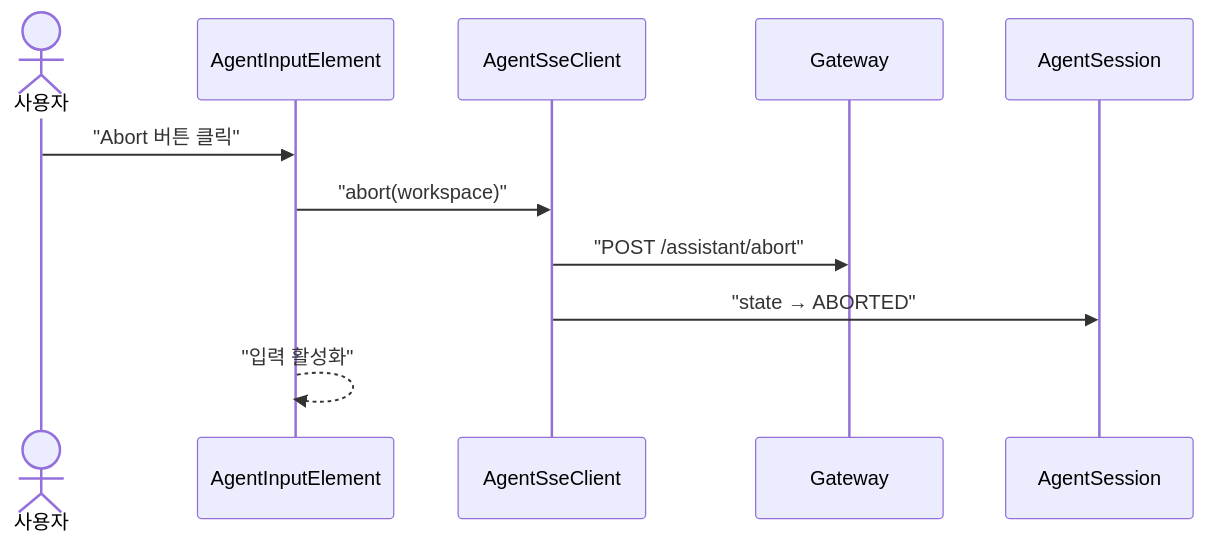
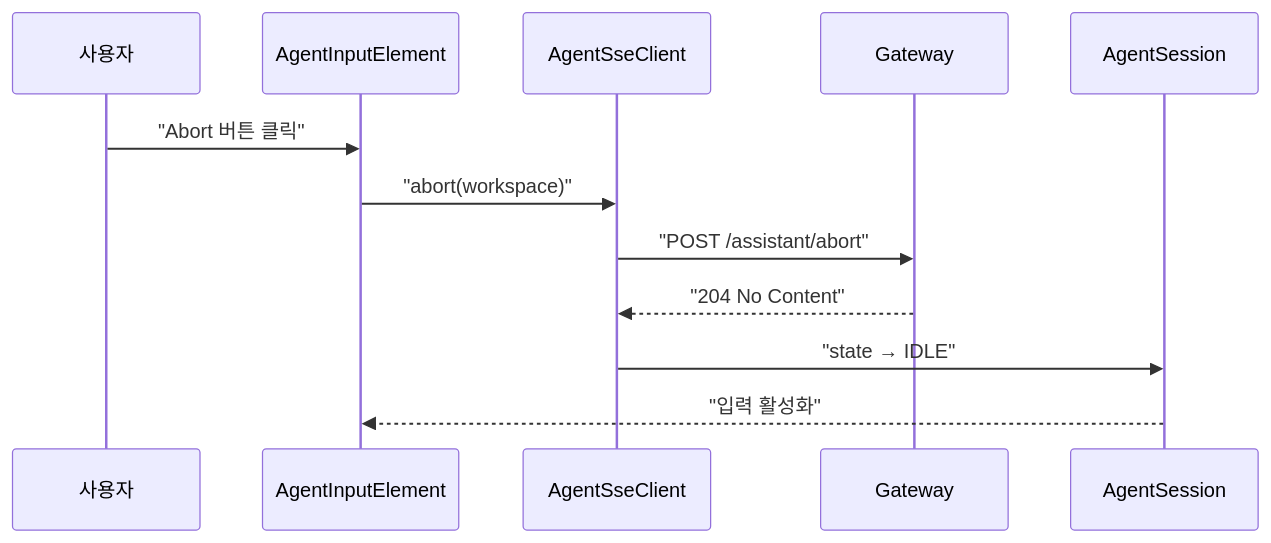
The second of 2 diagrams in agent-ui/USECASE.md (sayaya1090/handbook), drawn with Mermaid before and after one commit. The commit also changed other lines of this file and 58 other files, not shown here.

````diff
--- a/agent-ui/USECASE.md
+++ b/agent-ui/USECASE.md
@@ -73,14 +112,15 @@
 ```mermaid
 sequenceDiagram
-    actor User as 사용자
+    participant User as 사용자
     participant Input as AgentInputElement
     participant Client as AgentSseClient
     participant GW as Gateway
     participant Session as AgentSession
 
     User->>Input: "Abort 버튼 클릭"
     Input->>Client: "abort(workspace)"
     Client->>GW: "POST /assistant/abort"
-    Client->>Session: "state → ABORTED"
-    Input-->>Input: "입력 활성화"
+    GW-->>Client: "204 No Content"
+    Client->>Session: "state → IDLE"
+    Session-->>Input: "입력 활성화"
 ```
````
